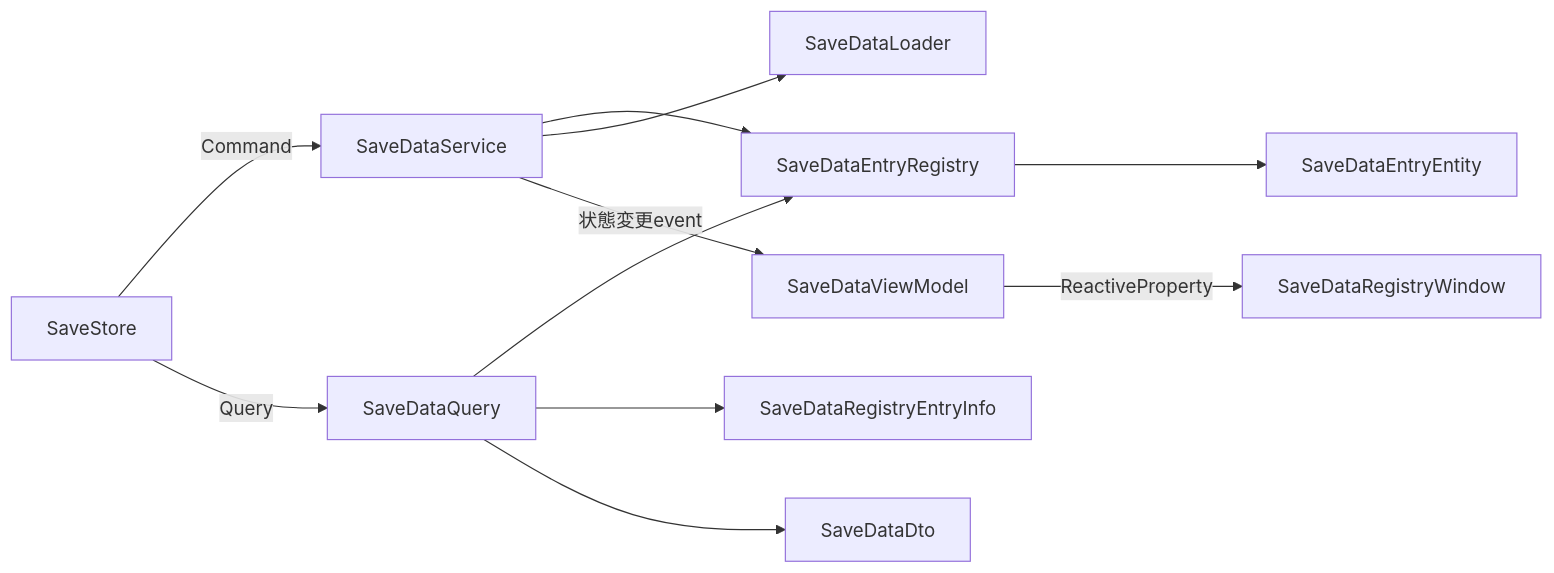
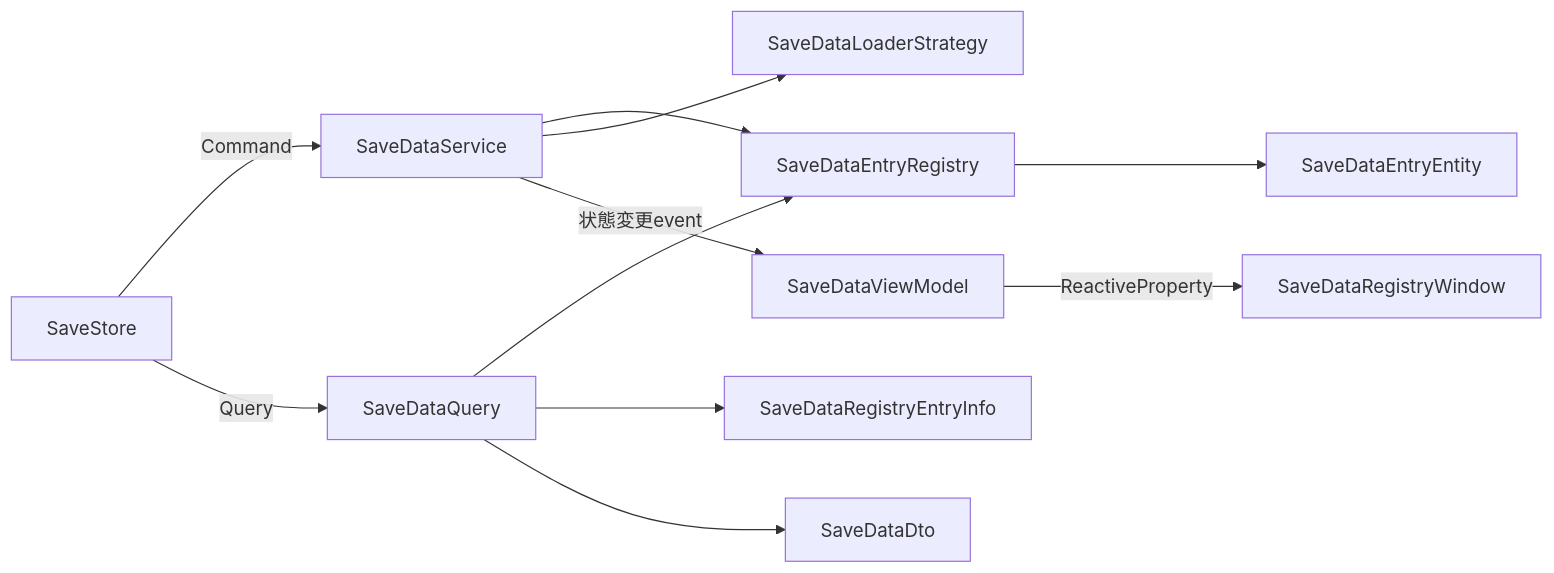
One commit to HIBIKI5201/SymphonyFramework changed the sixth of 9 diagrams in Documentation~/Architecture.md. Above: the diagram before and after it, drawn with Mermaid. The commit also changed other lines of this file and 28 other files, not shown here.

First line of the commit message:
[add]SaveDataLoaderをSaveDataLoaderStrategyへ改名

````diff
--- a/Documentation~/Architecture.md
+++ b/Documentation~/Architecture.md
@@ -213,13 +213,13 @@
 ```mermaid
 flowchart LR
     Facade["SaveStore"] -->|Command| Service["SaveDataService"]
     Service --> Registry["SaveDataEntryRegistry"]
     Registry --> Entity["SaveDataEntryEntity"]
     Facade -->|Query| Query["SaveDataQuery"]
     Query --> Registry
     Query --> Info["SaveDataRegistryEntryInfo"]
     Query --> Dto["SaveDataDto"]
-    Service --> Loader["SaveDataLoader"]
+    Service --> Loader["SaveDataLoaderStrategy"]
     Service -->|状態変更event| ViewModel["SaveDataViewModel"]
     ViewModel -->|ReactiveProperty| Window["SaveDataRegistryWindow"]
 ```
````
